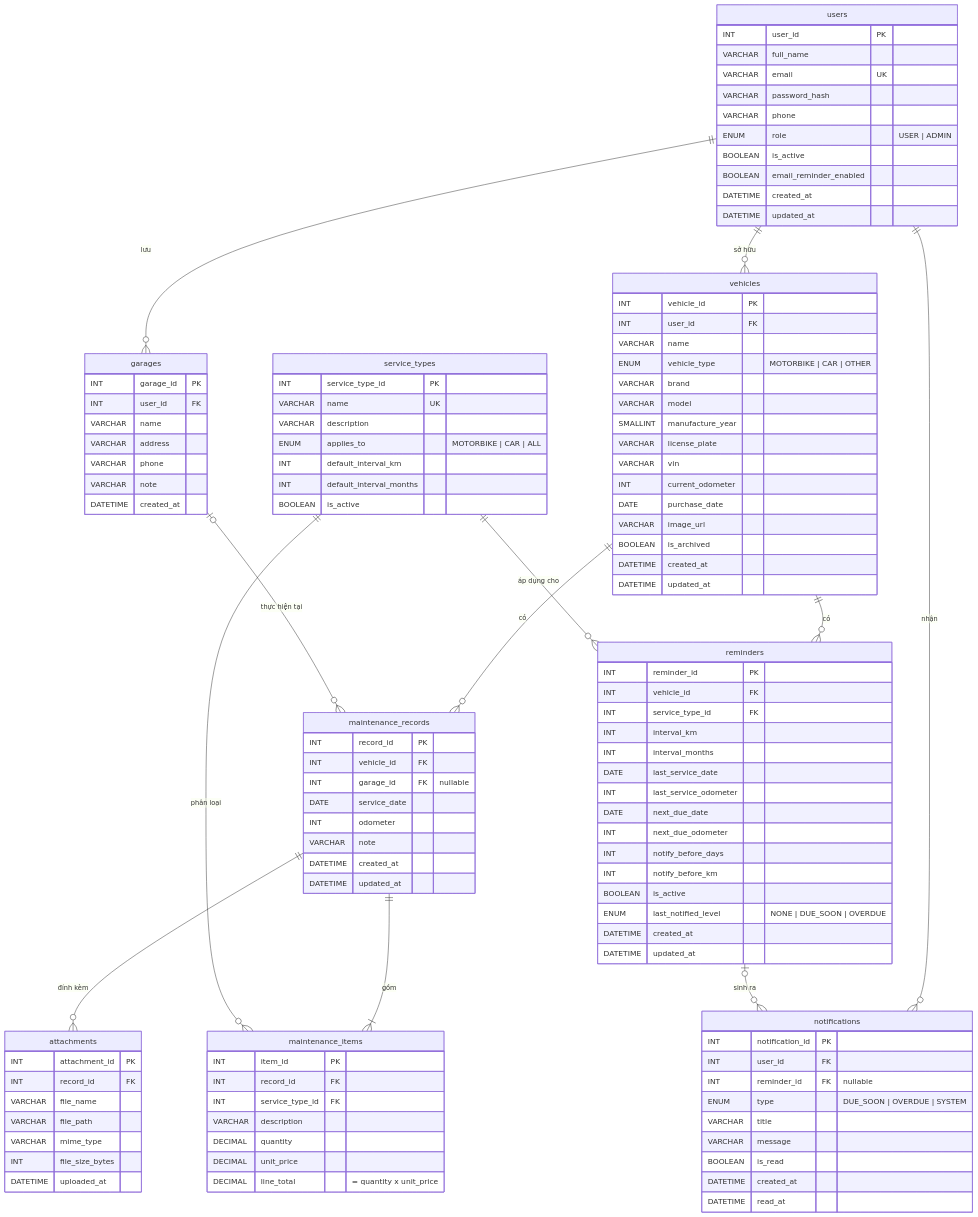
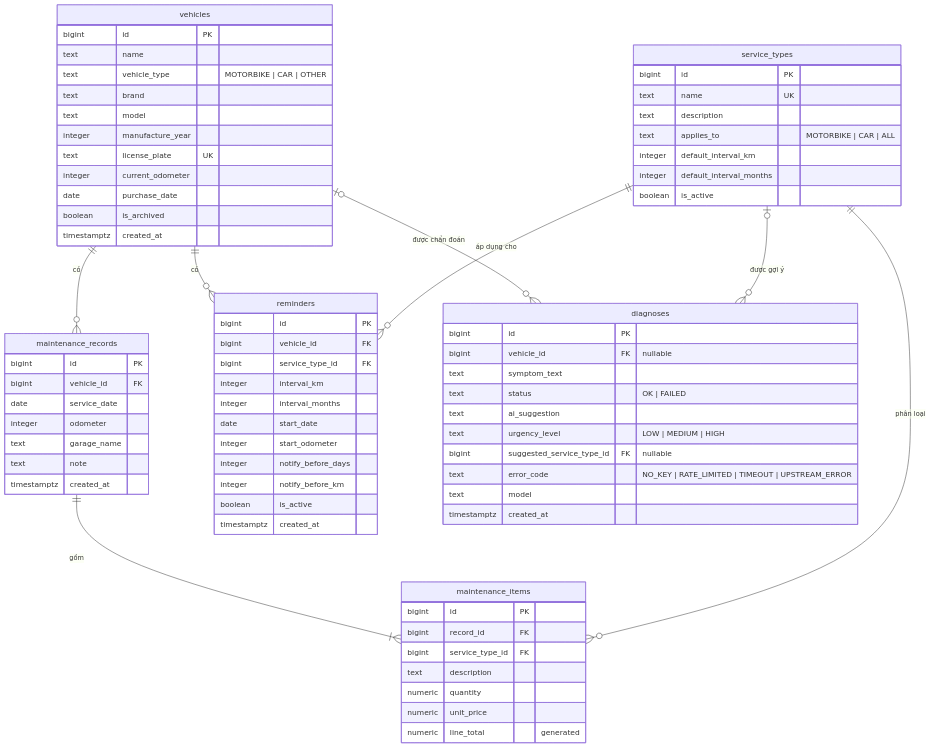
The diagram in docs/04-database/erd.md (Zang-1/Vehicle-Maintenance-Log), drawn with Mermaid before and after one commit. The commit also changed other lines of this file and 12 other files, not shown here.

````diff
--- a/docs/04-database/erd.md
+++ b/docs/04-database/erd.md
@@ -26,118 +29,76 @@
 ```mermaid
 erDiagram
-    users ||--o{ vehicles : "sở hữu"
-    users ||--o{ garages : "lưu"
-    users ||--o{ notifications : "nhận"
     vehicles ||--o{ maintenance_records : "có"
     vehicles ||--o{ reminders : "có"
-    garages |o--o{ maintenance_records : "thực hiện tại"
+    vehicles |o--o{ diagnoses : "được chẩn đoán"
     maintenance_records ||--|{ maintenance_items : "gồm"
-    maintenance_records ||--o{ attachments : "đính kèm"
     service_types ||--o{ maintenance_items : "phân loại"
     service_types ||--o{ reminders : "áp dụng cho"
-    reminders |o--o{ notifications : "sinh ra"
+    service_types |o--o{ diagnoses : "được gợi ý"
 
-    users {
-        INT user_id PK
-        VARCHAR full_name
-        VARCHAR email UK
-        VARCHAR password_hash
-        VARCHAR phone
-        ENUM role "USER | ADMIN"
-        BOOLEAN is_active
-        BOOLEAN email_reminder_enabled
-        DATETIME created_at
-        DATETIME updated_at
+    service_types {
+        bigint id PK
+        text name UK
+        text description
+        text applies_to "MOTORBIKE | CAR | ALL"
+        integer default_interval_km
+        integer default_interval_months
+        boolean is_active
     }
     vehicles {
-        INT vehicle_id PK
-        INT user_id FK
-        VARCHAR name
-        ENUM vehicle_type "MOTORBIKE | CAR | OTHER"
-        VARCHAR brand
-        VARCHAR model
-        SMALLINT manufacture_year
-        VARCHAR license_plate
-        VARCHAR vin
-        INT current_odometer
-        DATE purchase_date
-        VARCHAR image_url
-        BOOLEAN is_archived
-        DATETIME created_at
-        DATETIME updated_at
-    }
-    service_types {
-        INT service_type_id PK
-        VARCHAR name UK
-        VARCHAR description
-        ENUM applies_to "MOTORBIKE | CAR | ALL"
-        INT default_interval_km
-        INT default_interval_months
-        BOOLEAN is_active
-    }
-    garages {
-        INT garage_id PK
-        INT user_id FK
-        VARCHAR name
-        VARCHAR address
-        VARCHAR phone
-        VARCHAR note
-        DATETIME created_at
+        bigint id PK
+        text name
+        text vehicle_type "MOTORBIKE | CAR | OTHER"
+        text brand
+        text model
+        integer manufacture_year
+        text license_plate UK
+        integer current_odometer
+        date purchase_date
+        boolean is_archived
+        timestamptz created_at
     }
     maintenance_records {
-        INT record_id PK
-        INT vehicle_id FK
-        INT garage_id FK "nullable"
-        DATE service_date
-        INT odometer
-        VARCHAR note
-        DATETIME created_at
-        DATETIME updated_at
+        bigint id PK
+        bigint vehicle_id FK
+        date service_date
+        integer odometer
+        text garage_name
+        text note
+        timestamptz created_at
     }
     maintenance_items {
-        INT item_id PK
-        INT record_id FK
-        INT service_type_id FK
-        VARCHAR description
-        DECIMAL quantity
-        DECIMAL unit_price
-        DECIMAL line_total "= quantity x unit_price"
-    }
-    attachments {
-        INT attachment_id PK
-        INT record_id FK
-        VARCHAR file_name
-        VARCHAR file_path
-        VARCHAR mime_type
-        INT file_size_bytes
-        DATETIME uploaded_at
+        bigint id PK
+        bigint record_id FK
+        bigint service_type_id FK
+        text description
+        numeric quantity
+        numeric unit_price
+        numeric line_total "generated"
     }
     reminders {
-        INT reminder_id PK
-        INT vehicle_id FK
-        INT service_type_id FK
-        INT interval_km
-        INT interval_months
-        DATE last_service_date
-        INT last_service_odometer
-        DATE next_due_date
-        INT next_due_odometer
-        INT notify_before_days
-        INT notify_before_km
-        BOOLEAN is_active
-        ENUM last_notified_level "NONE | DUE_SOON | OVERDUE"
-        DATETIME created_at
-        DATETIME updated_at
+        bigint id PK
+        bigint vehicle_id FK
+        bigint service_type_id FK
+        integer interval_km
+        integer interval_months
+        date start_date
+        integer start_odometer
+        integer notify_before_days
+        integer notify_before_km
+        boolean is_active
+        timestamptz created_at
     }
-    notifications {
-        INT notification_id PK
-        INT user_id FK
-        INT reminder_id FK "nullable"
-        ENUM type "DUE_SOON | OVERDUE | SYSTEM"
-        VARCHAR title
-        VARCHAR message
-        BOOLEAN is_read
-        DATETIME created_at
-        DATETIME read_at
+    diagnoses {
+        bigint id PK
+        bigint vehicle_id FK "nullable"
+        text symptom_text
+        text status "OK | FAILED"
+        text ai_suggestion
+        text urgency_level "LOW | MEDIUM | HIGH"
+        bigint suggested_service_type_id FK "nullable"
+        text error_code "NO_KEY | RATE_LIMITED | TIMEOUT | UPSTREAM_ERROR"
+        text model
+        timestamptz created_at
     }
 ```
````
